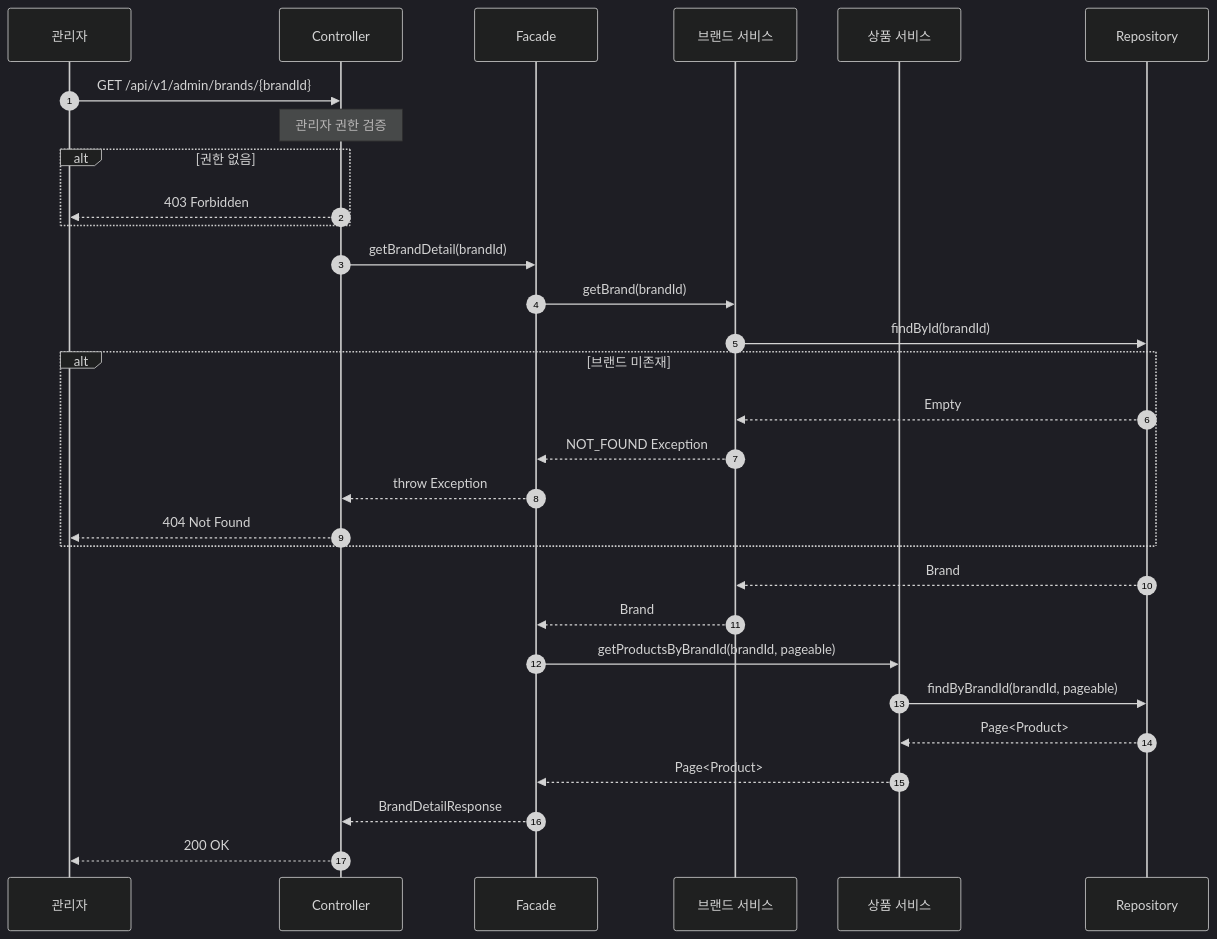
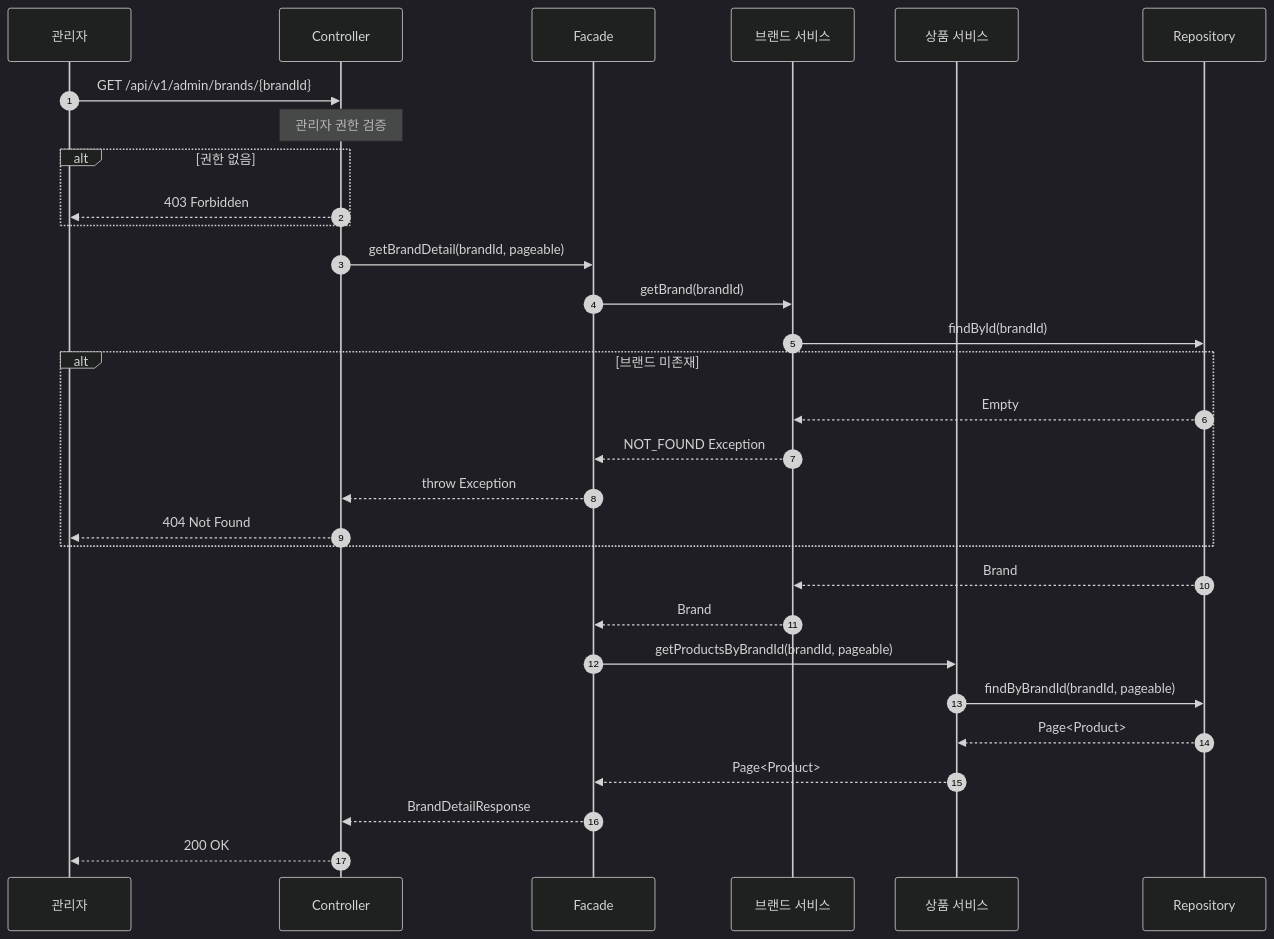
The fifth of 16 diagrams in docs/design/02-sequence-diagram.md (letter333/loop-pack-be-l2-vol3-java), drawn with Mermaid (dark theme) before and after one commit. The commit also changed other lines of this file and 3 other files, not shown here.

````diff
--- a/docs/design/02-sequence-diagram.md
+++ b/docs/design/02-sequence-diagram.md
@@ -157,37 +147,37 @@
 ```mermaid
 sequenceDiagram
     autonumber
     participant Admin as 관리자
     participant Controller
     participant Facade
     participant BrandService as 브랜드 서비스
     participant ProductService as 상품 서비스
     participant Repository
 
     Admin->>Controller: GET /api/v1/admin/brands/{brandId}
     Note over Controller: 관리자 권한 검증
 
     alt 권한 없음
         Controller-->>Admin: 403 Forbidden
     end
 
-    Controller->>Facade: getBrandDetail(brandId)
+    Controller->>Facade: getBrandDetail(brandId, pageable)
     Facade->>BrandService: getBrand(brandId)
     BrandService->>Repository: findById(brandId)
 
     alt 브랜드 미존재
         Repository-->>BrandService: Empty
         BrandService-->>Facade: NOT_FOUND Exception
         Facade-->>Controller: throw Exception
         Controller-->>Admin: 404 Not Found
     end
 
     Repository-->>BrandService: Brand
     BrandService-->>Facade: Brand
     Facade->>ProductService: getProductsByBrandId(brandId, pageable)
     ProductService->>Repository: findByBrandId(brandId, pageable)
     Repository-->>ProductService: Page<Product>
     ProductService-->>Facade: Page<Product>
     Facade-->>Controller: BrandDetailResponse
     Controller-->>Admin: 200 OK
 ```
````
